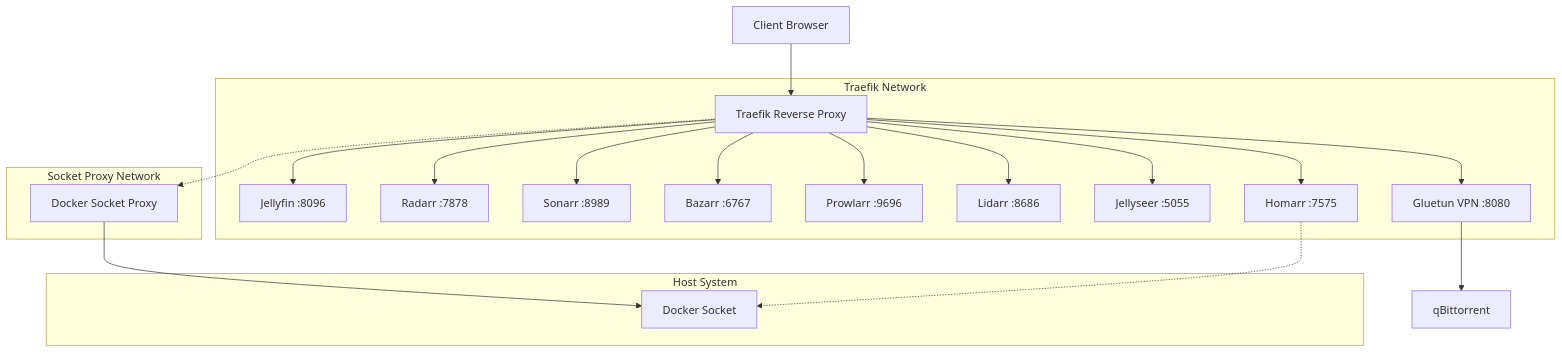
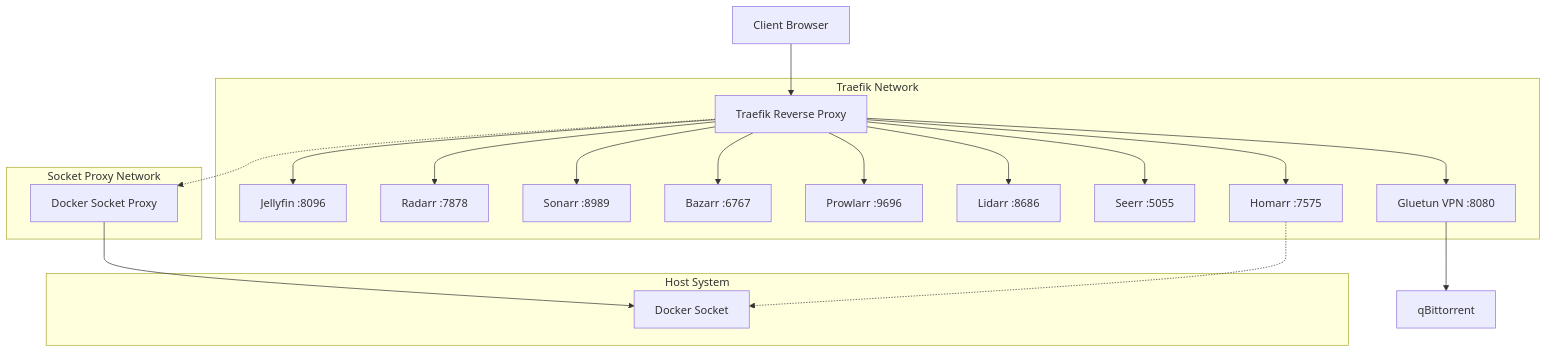
The diagram in readme.md (gartcimore/parr), drawn with Mermaid before and after one commit. The commit also changed other lines of this file and 6 other files, not shown here.

First line of the commit message:
migrate jellyseer to seerr

````diff
--- a/readme.md
+++ b/readme.md
@@ -8,40 +8,40 @@
 ```mermaid
 flowchart TD
     Client[Client Browser] --> Traefik[Traefik Reverse Proxy]
     Traefik -.-> SocketProxy[Docker Socket Proxy]
     SocketProxy --> DockerSocket[Docker Socket]
     
     Traefik --> Jellyfin[Jellyfin :8096]
     Traefik --> Radarr[Radarr :7878]
     Traefik --> Sonarr[Sonarr :8989]
     Traefik --> Bazarr[Bazarr :6767]
     Traefik --> Prowlarr[Prowlarr :9696]
     Traefik --> Lidarr[Lidarr :8686]
-    Traefik --> Jellyseer[Jellyseer :5055]
+    Traefik --> Seerr[Seerr :5055]
     Traefik --> Homarr[Homarr :7575]
     Traefik --> Gluetun[Gluetun VPN :8080]
     Gluetun --> QBittorrent[qBittorrent]
     
     Homarr -.-> DockerSocket
     
     subgraph SocketNet[Socket Proxy Network]
         SocketProxy
     end
     
     subgraph TraefikNet[Traefik Network]
         Traefik
         Jellyfin
         Radarr
         Sonarr
         Bazarr
         Prowlarr
         Lidarr
-        Jellyseer
+        Seerr
         Homarr
         Gluetun
     end
     
     subgraph Host[Host System]
         DockerSocket
     end
 ```
````
